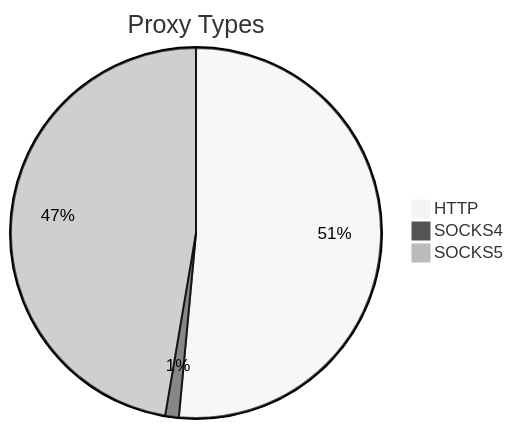
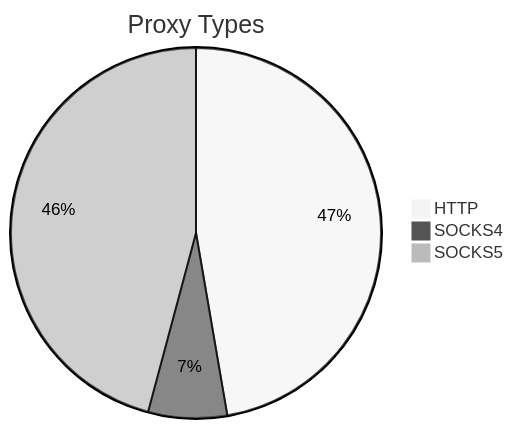
Before and after one commit to stormsia/proxy-list: the first of 2 diagrams in README.md, drawn with Mermaid (neutral theme). The commit also changed other lines of this file, not shown here.

````diff
--- a/README.md
+++ b/README.md
@@ -21,6 +21,6 @@
 ```mermaid
 pie title Proxy Types
-    "HTTP" : 87
-    "SOCKS4" : 2
-    "SOCKS5" : 80
+    "HTTP" : 227
+    "SOCKS4" : 33
+    "SOCKS5" : 220
 ```
````
